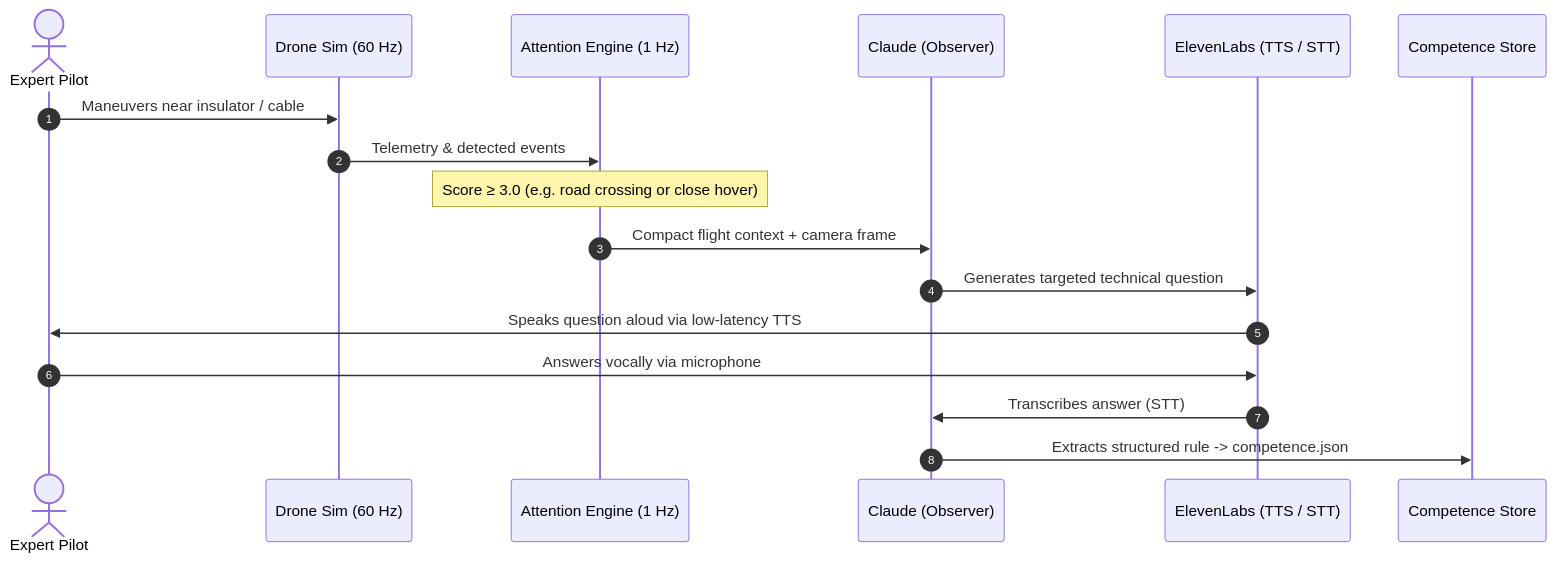
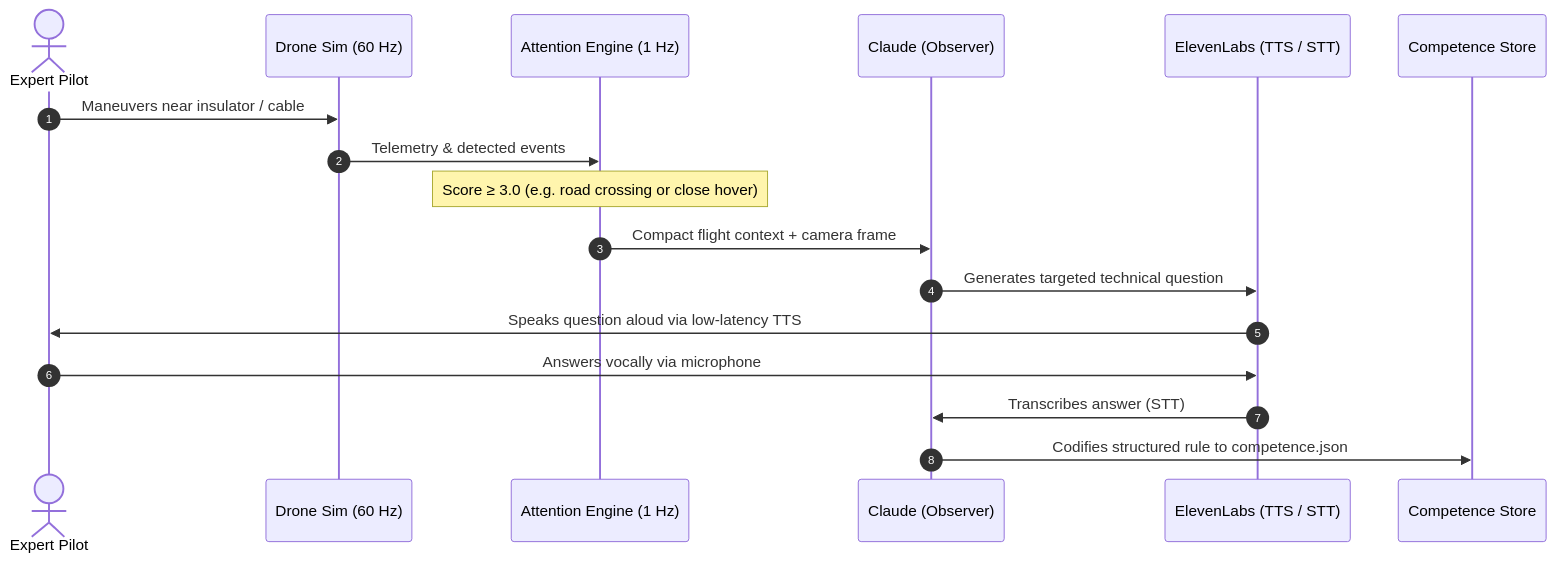
The second of 2 diagrams in PIPELINE.md (jona-droid/Hackathon-Hacknation), drawn with Mermaid before and after one commit. The commit also changed other lines of this file and 1 other file, not shown here.

````diff
--- a/PIPELINE.md
+++ b/PIPELINE.md
@@ -54,20 +60,20 @@
 ```mermaid
 sequenceDiagram
   autonumber
   actor Pilot as Expert Pilot
   participant Sim as Drone Sim (60 Hz)
   participant Attn as Attention Engine (1 Hz)
   participant Claude as Claude (Observer)
   participant EL as ElevenLabs (TTS / STT)
   participant KB as Competence Store
 
   Pilot->>Sim: Maneuvers near insulator / cable
   Sim->>Attn: Telemetry & detected events
   Note over Attn: Score ≥ 3.0 (e.g. road crossing or close hover)
   Attn->>Claude: Compact flight context + camera frame
   Claude->>EL: Generates targeted technical question
   EL->>Pilot: Speaks question aloud via low-latency TTS
   Pilot->>EL: Answers vocally via microphone
   EL->>Claude: Transcribes answer (STT)
-  Claude->>KB: Extracts structured rule -> competence.json
+  Claude->>KB: Codifies structured rule to competence.json
 ```
````
